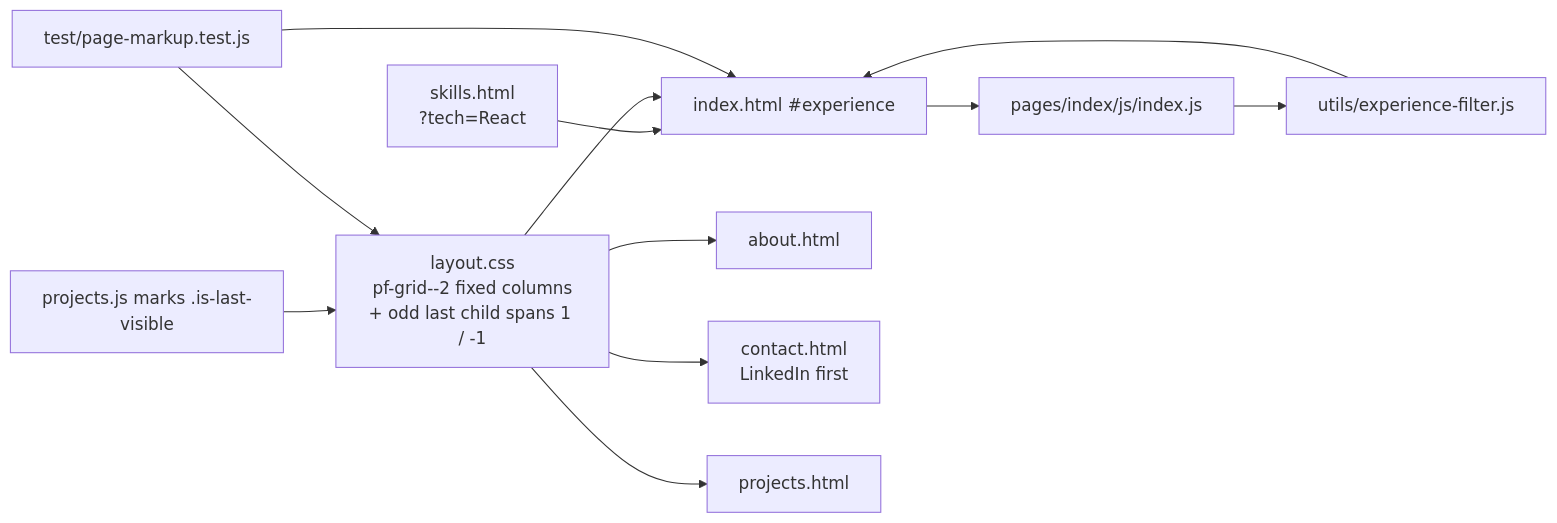
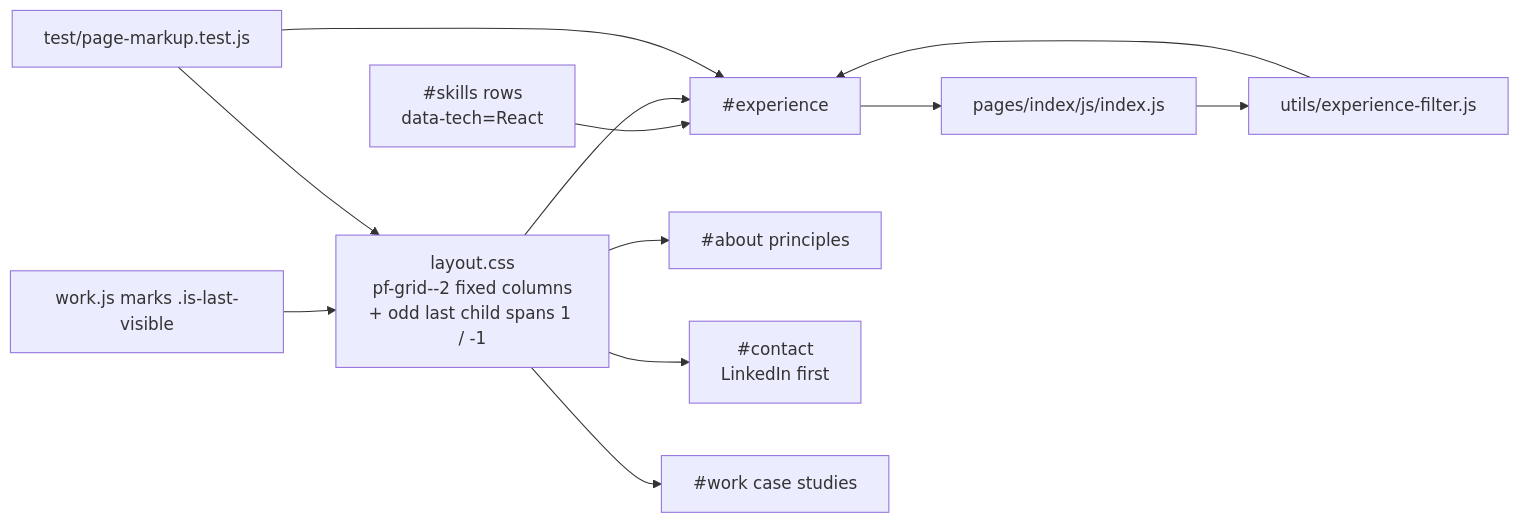
One commit to Jamieatucker/portfolio changed the diagram in docs/home-timeline-and-grid-parity.md. Above: the diagram before and after it, drawn with Mermaid. The commit also changed other lines of this file and 10 other files, not shown here.

First line of the commit message:
Document the single-page architecture

````diff
--- a/docs/home-timeline-and-grid-parity.md
+++ b/docs/home-timeline-and-grid-parity.md
@@ -25,14 +25,14 @@
 ```mermaid
 flowchart LR
-    SK["skills.html<br/>?tech=React"] --> IDX["index.html #experience"]
+    SK["#skills rows<br/>data-tech=React"] --> IDX["#experience"]
     IDX --> JS["pages/index/js/index.js"]
     JS --> F["utils/experience-filter.js"]
     F --> IDX
     L["layout.css<br/>pf-grid--2 fixed columns<br/>+ odd last child spans 1 / -1"] --> IDX
-    L --> AB[about.html]
-    L --> CT["contact.html<br/>LinkedIn first"]
-    L --> PR["projects.html"]
-    PJS["projects.js marks .is-last-visible"] --> L
+    L --> AB["#about principles"]
+    L --> CT["#contact<br/>LinkedIn first"]
+    L --> PR["#work case studies"]
+    PJS["work.js marks .is-last-visible"] --> L
     T["test/page-markup.test.js"] --> IDX
     T --> L
 ```
````
